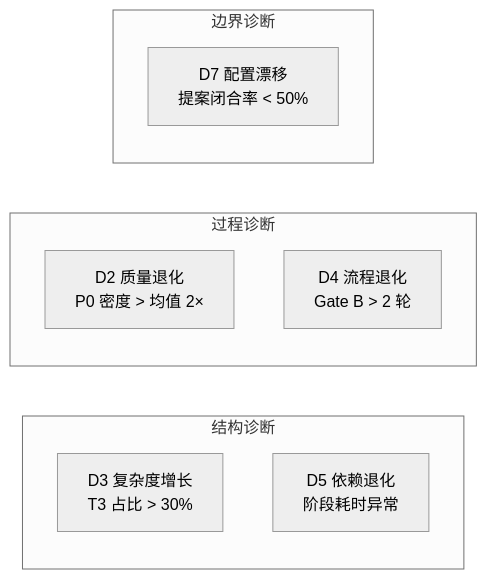
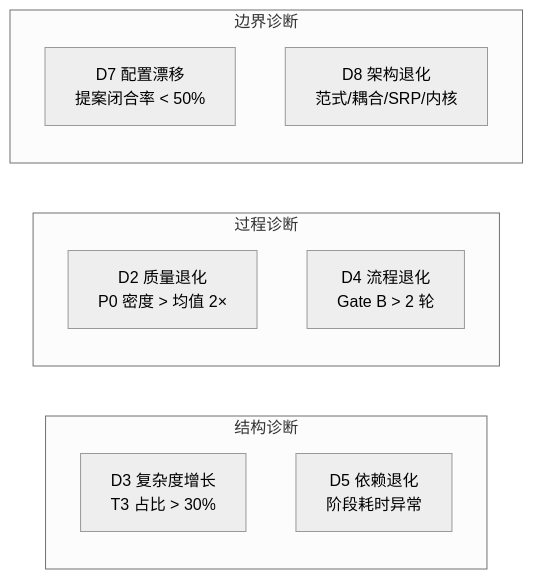
Before and after one commit to effiy/YrY: the fifth of 11 diagrams in rules/self-improve.md, drawn with Mermaid (neutral theme). The commit also changed other lines of this file and 10 other files, not shown here.

First line of the commit message:
feat(architecture): add compliance tooling and diagnostics

````diff
--- a/rules/self-improve.md
+++ b/rules/self-improve.md
@@ -115,19 +115,20 @@
 ```mermaid
 flowchart LR
     subgraph 结构["结构诊断"]
         direction TB
         D3["D3 复杂度增长<br/>T3 占比 > 30%"]:::diag
         D5["D5 依赖退化<br/>阶段耗时异常"]:::diag
     end
     subgraph 过程["过程诊断"]
         direction TB
         D2["D2 质量退化<br/>P0 密度 > 均值 2×"]:::diag
         D4["D4 流程退化<br/>Gate B > 2 轮"]:::diag
     end
     subgraph 边界["边界诊断"]
         direction TB
         D7["D7 配置漂移<br/>提案闭合率 < 50%"]:::diag
+        D8["D8 架构退化<br/>范式/耦合/SRP/内核"]:::diag
     end
 
 
 ```
````
